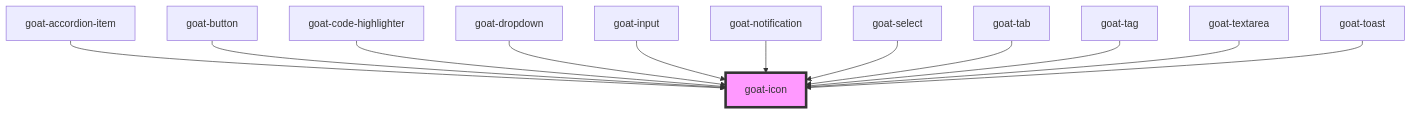
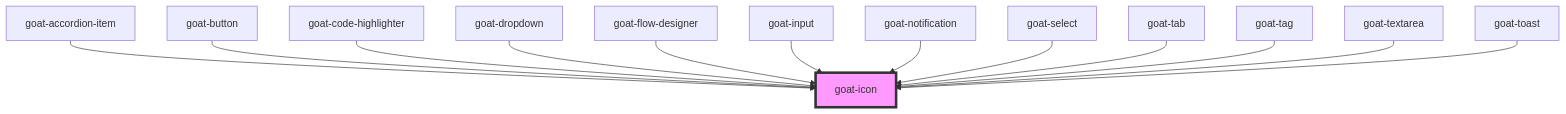
The diagram in src/components/general/icon/readme.md (goatui/components), drawn with Mermaid before and after one commit. The commit also changed other lines of this file and 40 other files, not shown here.

Commit message:
flow designer initial commit

````diff
--- a/src/components/general/icon/readme.md
+++ b/src/components/general/icon/readme.md
@@ -33,15 +34,16 @@
 ```mermaid
 graph TD;
   goat-accordion-item --> goat-icon
   goat-button --> goat-icon
   goat-code-highlighter --> goat-icon
   goat-dropdown --> goat-icon
+  goat-flow-designer --> goat-icon
   goat-input --> goat-icon
   goat-notification --> goat-icon
   goat-select --> goat-icon
   goat-tab --> goat-icon
   goat-tag --> goat-icon
   goat-textarea --> goat-icon
   goat-toast --> goat-icon
   style goat-icon fill:#f9f,stroke:#333,stroke-width:4px
 ```
````
